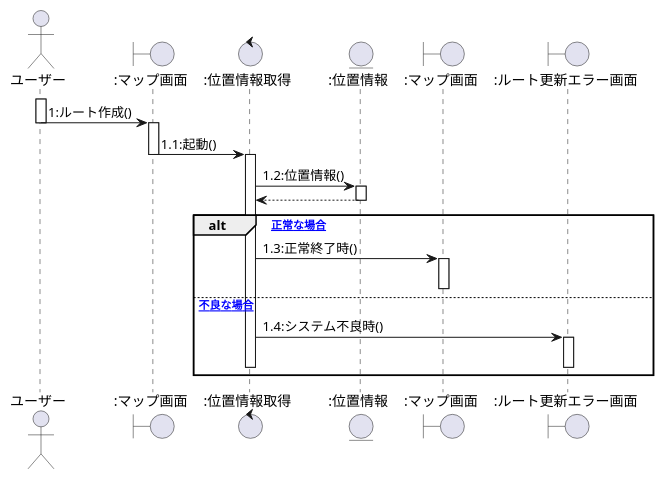
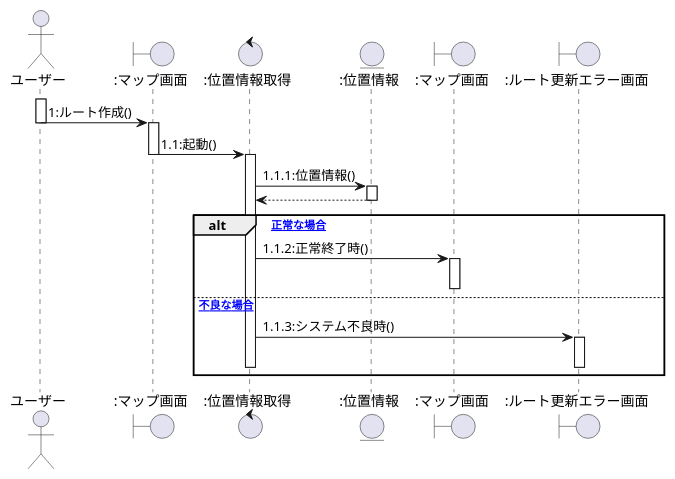
One commit to ksw2270227/GroupF changed the fifth of 8 diagrams in user2_sequence.plantuml. Above: the diagram before and after it, drawn with PlantUML. The commit also changed other lines of this file, not shown here.

```diff
--- a/user2_sequence.plantuml
+++ b/user2_sequence.plantuml
@@ -131,32 +131,32 @@
 @startuml ルート表示シーケンス図
 actor ユーザー as 0
 boundary ":マップ画面" as a
 control ":位置情報取得" as b
 entity ":位置情報" as c
 boundary ":マップ画面" as d
 boundary ":ルート更新エラー画面" as e
 
 activate 0
     0 -> a:1:ルート作成()
     deactivate 0
     activate a
     a -> b:1.1:起動()
     deactivate a
     activate b
-    b -> c:1.2:位置情報()
+    b -> c:1.1.1:位置情報()
     activate c
     c --> b
     deactivate c
     alt [正常な場合]
     
-    b -> d:1.3:正常終了時()
+    b -> d:1.1.2:正常終了時()
     activate d
     deactivate d
     
     else [不良な場合]
-    b -> e:1.4:システム不良時()
+    b -> e:1.1.3:システム不良時()
     activate e
     deactivate e
     deactivate b
     end
 @enduml
```
